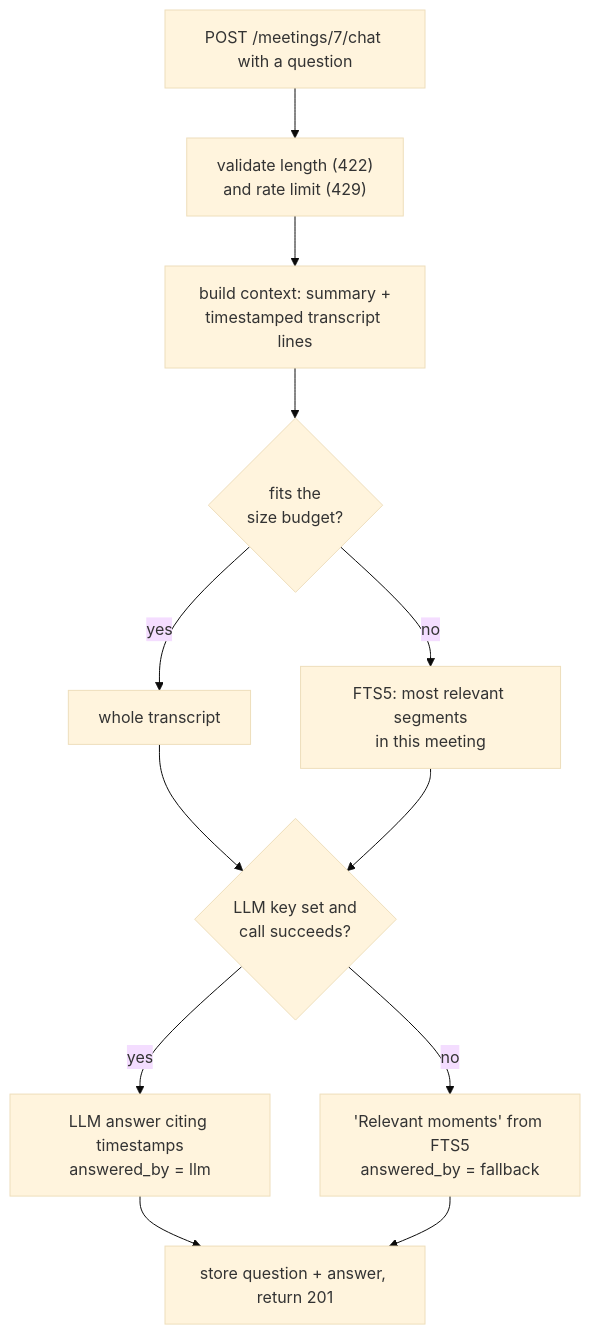
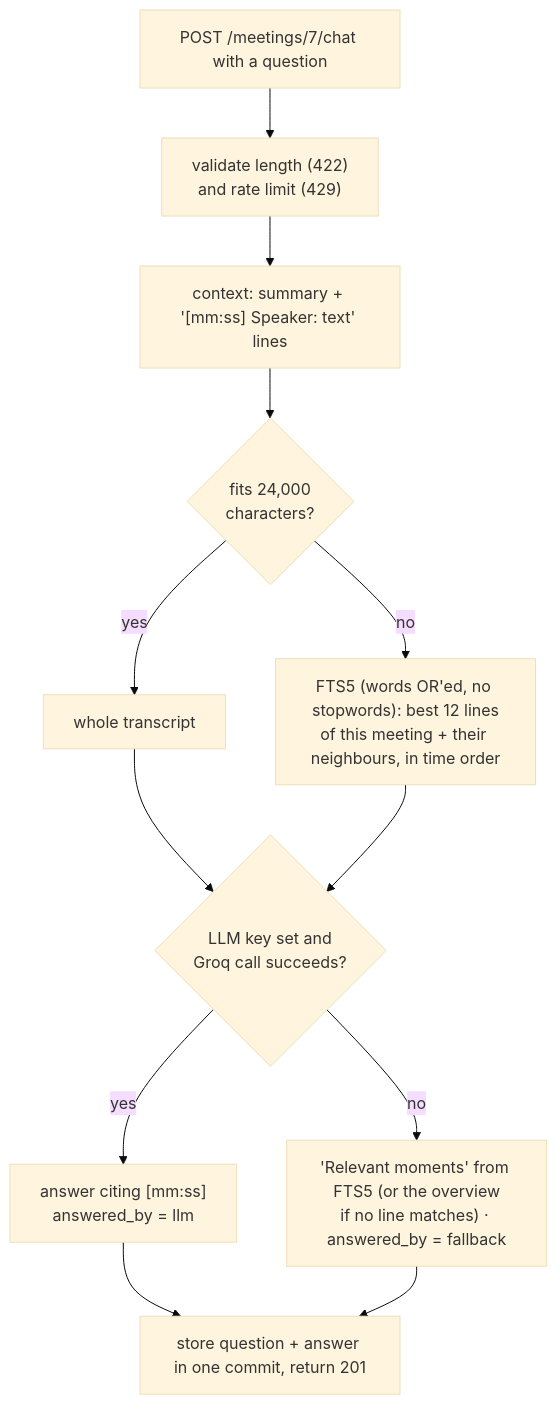
Before and after one commit to Ritvik2209/fireflies-clone: the seventh of 7 diagrams in docs/ARCHITECTURE.md, drawn with Mermaid (base theme). The commit also changed other lines of this file and 1 other file, not shown here.

First line of the commit message:
docs: record phase 12 chat with Groq

````diff
--- a/docs/ARCHITECTURE.md
+++ b/docs/ARCHITECTURE.md
@@ -1033,14 +1033,14 @@
 ```mermaid
 flowchart TB
     question["POST /meetings/7/chat with a question"] --> checks["validate length (422)<br/>and rate limit (429)"]
-    checks --> context["build context: summary +<br/>timestamped transcript lines"]
-    context --> fits{"fits the<br/>size budget?"}
+    checks --> context["context: summary + '[mm:ss] Speaker: text' lines"]
+    context --> fits{"fits 24,000<br/>characters?"}
     fits -- "yes" --> full["whole transcript"]
-    fits -- "no" --> retrieve["FTS5: most relevant segments<br/>in this meeting"]
-    full --> key{"LLM key set and<br/>call succeeds?"}
+    fits -- "no" --> retrieve["FTS5 (words OR'ed, no stopwords): best 12 lines<br/>of this meeting + their neighbours, in time order"]
+    full --> key{"LLM key set and<br/>Groq call succeeds?"}
     retrieve --> key
-    key -- "yes" --> answer["LLM answer citing timestamps<br/>answered_by = llm"]
-    key -- "no" --> fallback["'Relevant moments' from FTS5<br/>answered_by = fallback"]
-    answer --> store["store question + answer, return 201"]
+    key -- "yes" --> answer["answer citing [mm:ss]<br/>answered_by = llm"]
+    key -- "no" --> fallback["'Relevant moments' from FTS5 (or the overview<br/>if no line matches) · answered_by = fallback"]
+    answer --> store["store question + answer in one commit, return 201"]
     fallback --> store
 ```
````
